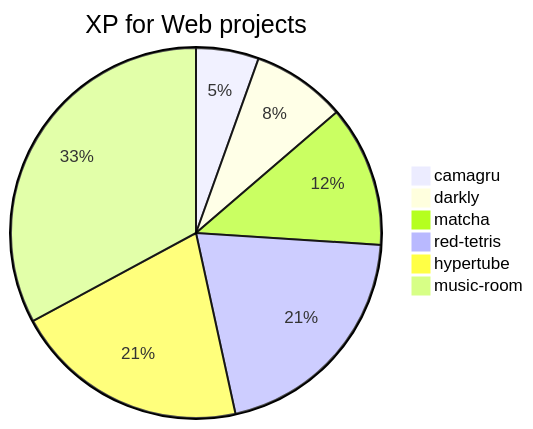
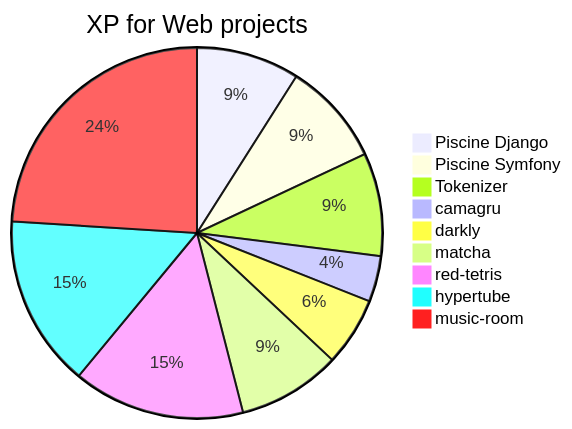
One commit to jmcheon/web_mobile_branch changed the first of 6 diagrams in README.md. Above: the diagram before and after it, drawn with Mermaid. The commit also changed other lines of this file, not shown here.

````diff
--- a/README.md
+++ b/README.md
@@ -39,9 +43,12 @@
 ```mermaid
 pie  title XP for Web projects
+	"Piscine Django"  : 9450
+	"Piscine Symfony"  : 9450
+	"Tokenizer"  : 9450
 	"camagru"  : 4200
 	"darkly"  : 6300
 	"matcha"  : 9450
 	"red-tetris"  : 15750
 	"hypertube"  : 15750
 	"music-room"  : 25200
 ```
````
